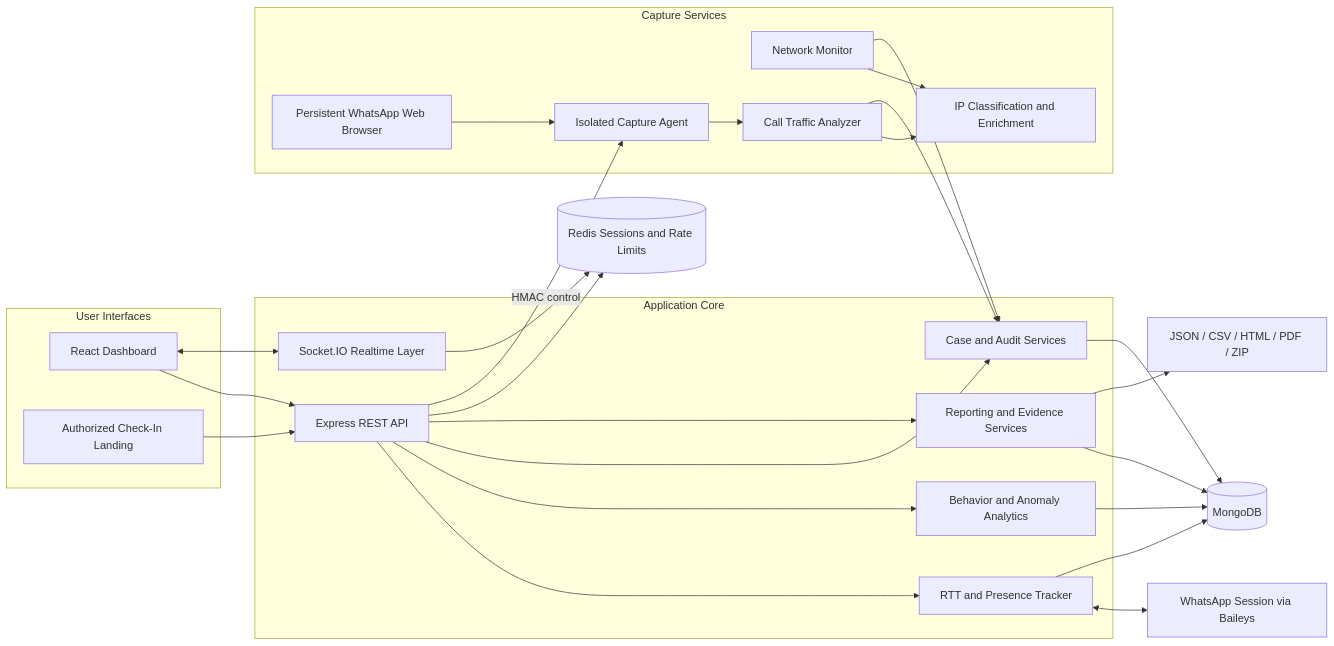
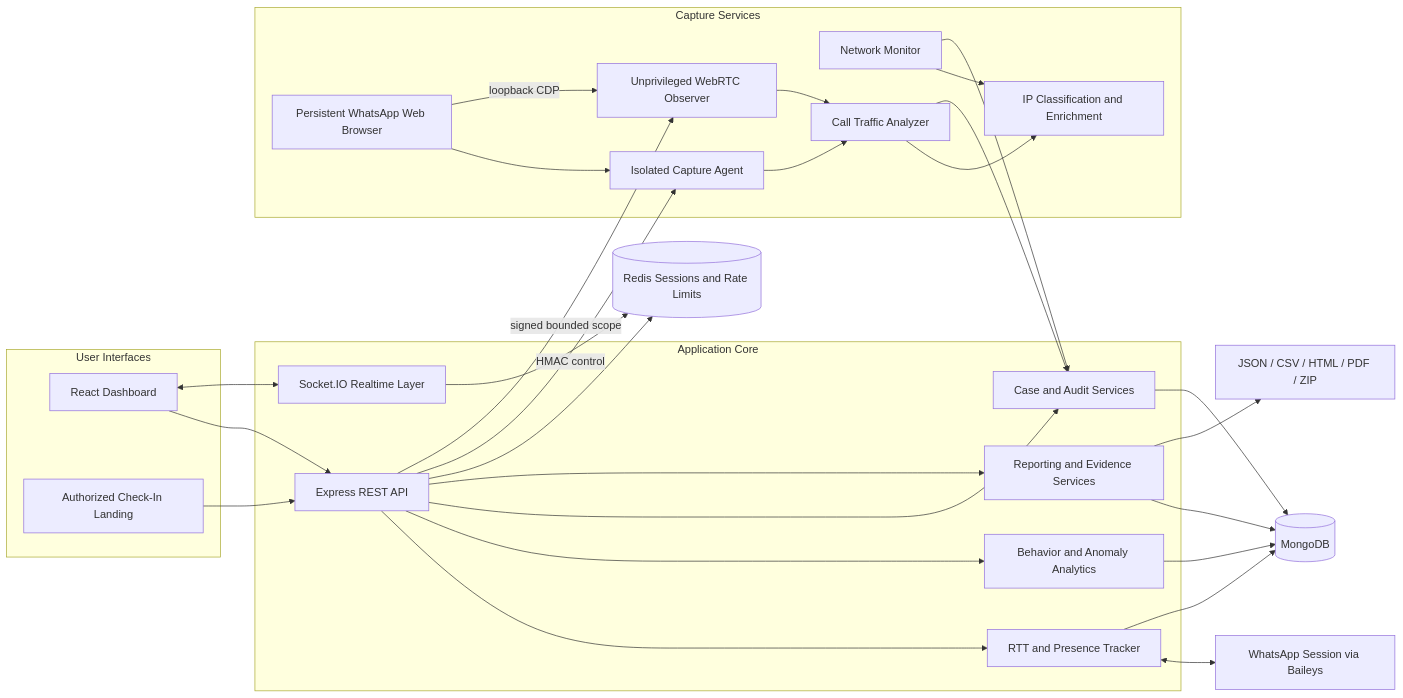
The first of 4 diagrams in README.md (deco31416/wp-monitor), drawn with Mermaid before and after one commit. The commit also changed other lines of this file and 18 other files, not shown here.

Commit message:
feat: harden WebRTC and TURN call evidence lifecycle

````diff
--- a/README.md
+++ b/README.md
@@ -78,55 +78,59 @@
 ```mermaid
 flowchart LR
     subgraph Interfaces[User Interfaces]
         Dashboard[React Dashboard]
         CheckIn[Authorized Check-In Landing]
     end
 
     subgraph Application[Application Core]
         API[Express REST API]
         Realtime[Socket.IO Realtime Layer]
         Tracker[RTT and Presence Tracker]
         Intelligence[Behavior and Anomaly Analytics]
         Cases[Case and Audit Services]
         Reports[Reporting and Evidence Services]
     end
 
     subgraph CaptureServices[Capture Services]
         Network[Network Monitor]
         Calls[Call Traffic Analyzer]
         Browser[Persistent WhatsApp Web Browser]
         Agent[Isolated Capture Agent]
+        Observer[Unprivileged WebRTC Observer]
         IPIntel[IP Classification and Enrichment]
     end
 
     WhatsApp[WhatsApp Session via Baileys]
     Mongo[(MongoDB)]
     Redis[(Redis Sessions and Rate Limits)]
     Exports[JSON / CSV / HTML / PDF / ZIP]
 
     Dashboard --> API
     Dashboard <--> Realtime
     CheckIn --> API
 
     API --> Tracker
     API --> Intelligence
     API --> Cases
     API --> Reports
 
     Tracker <--> WhatsApp
     Tracker --> Mongo
     Intelligence --> Mongo
     Cases --> Mongo
     Reports --> Mongo
     API --> Redis
     Realtime --> Redis
 
     Network --> IPIntel
     Browser --> Agent
+    Browser -->|loopback CDP| Observer
     API -->|HMAC control| Agent
+    API -->|signed bounded scope| Observer
     Agent --> Calls
+    Observer --> Calls
     Calls --> IPIntel
     Network --> Cases
     Calls --> Cases
     Reports --> Exports
 ```
````
